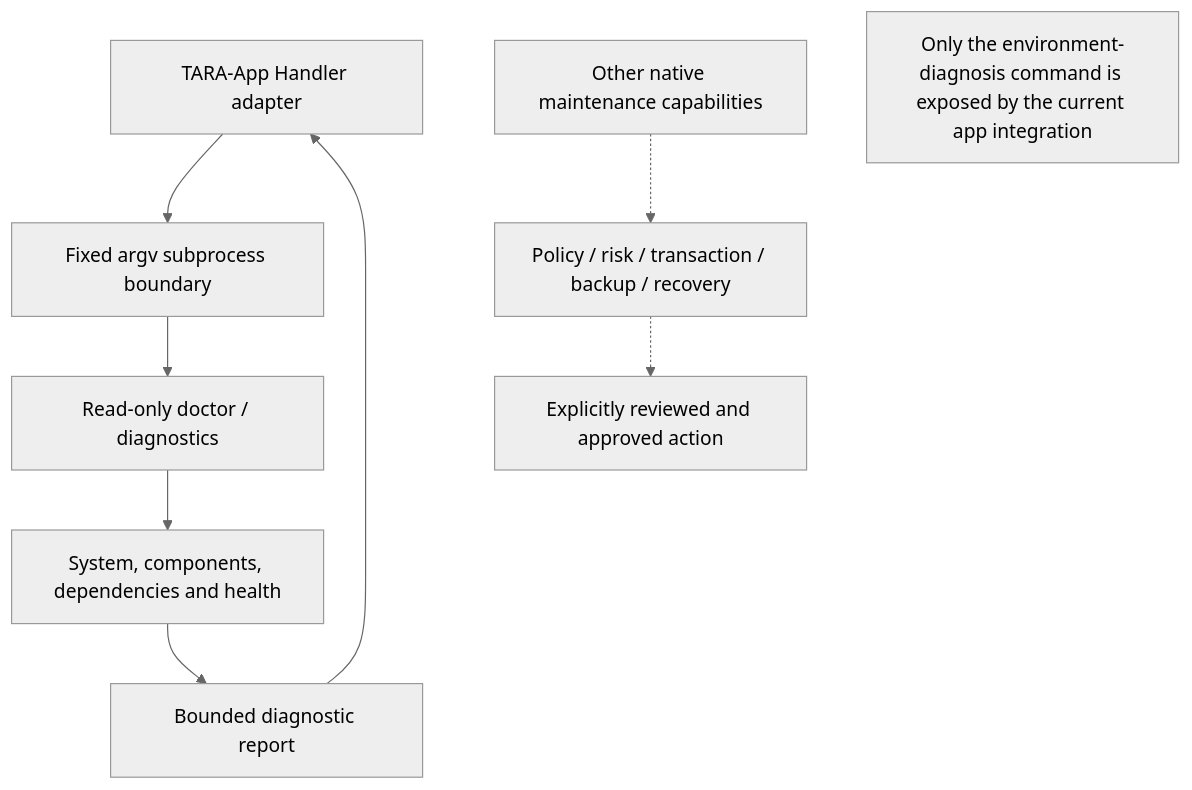
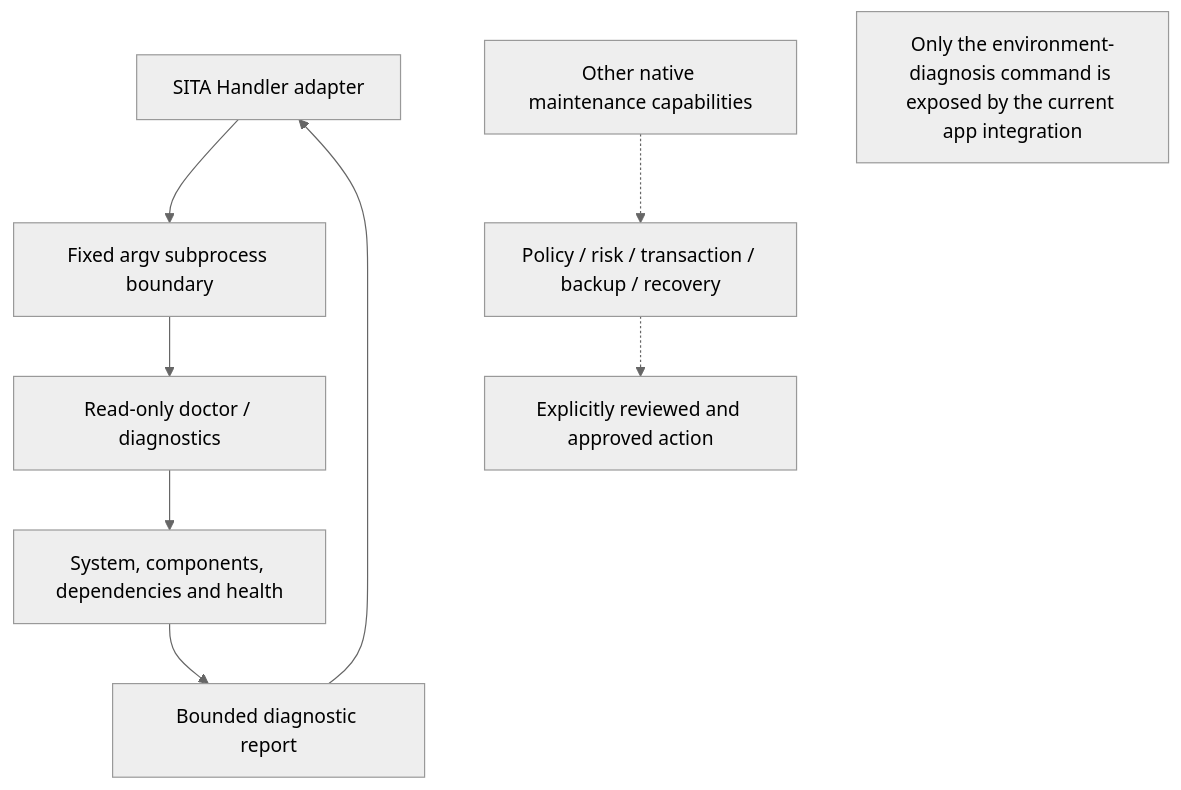
One commit to deathkernel/TARA-App changed the ninth of 20 diagrams in docs/FEATURE_AND_NEURAL_NETWORK_DIAGRAMS.md. Above: the diagram before and after it, drawn with Mermaid (neutral theme). The commit also changed other lines of this file and 96 other files, not shown here.

Commit message:
feat(branding): rebrand TARA product as SITA

````diff
--- a/docs/FEATURE_AND_NEURAL_NETWORK_DIAGRAMS.md
+++ b/docs/FEATURE_AND_NEURAL_NETWORK_DIAGRAMS.md
@@ -212,11 +212,11 @@
 ```mermaid
 flowchart TB
-  App[TARA-App Handler adapter] --> Bridge[Fixed argv subprocess boundary]
+  App[SITA Handler adapter] --> Bridge[Fixed argv subprocess boundary]
   Bridge --> Doctor[Read-only doctor / diagnostics]
   Doctor --> Inspect[System, components, dependencies and health]
   Inspect --> Result[Bounded diagnostic report]
   Result --> App
   Future[Other native maintenance capabilities] -.-> Guard[Policy / risk / transaction / backup / recovery]
   Guard -.-> Review[Explicitly reviewed and approved action]
   Note[Only the environment-diagnosis command is exposed by the current app integration]
 ```
````
